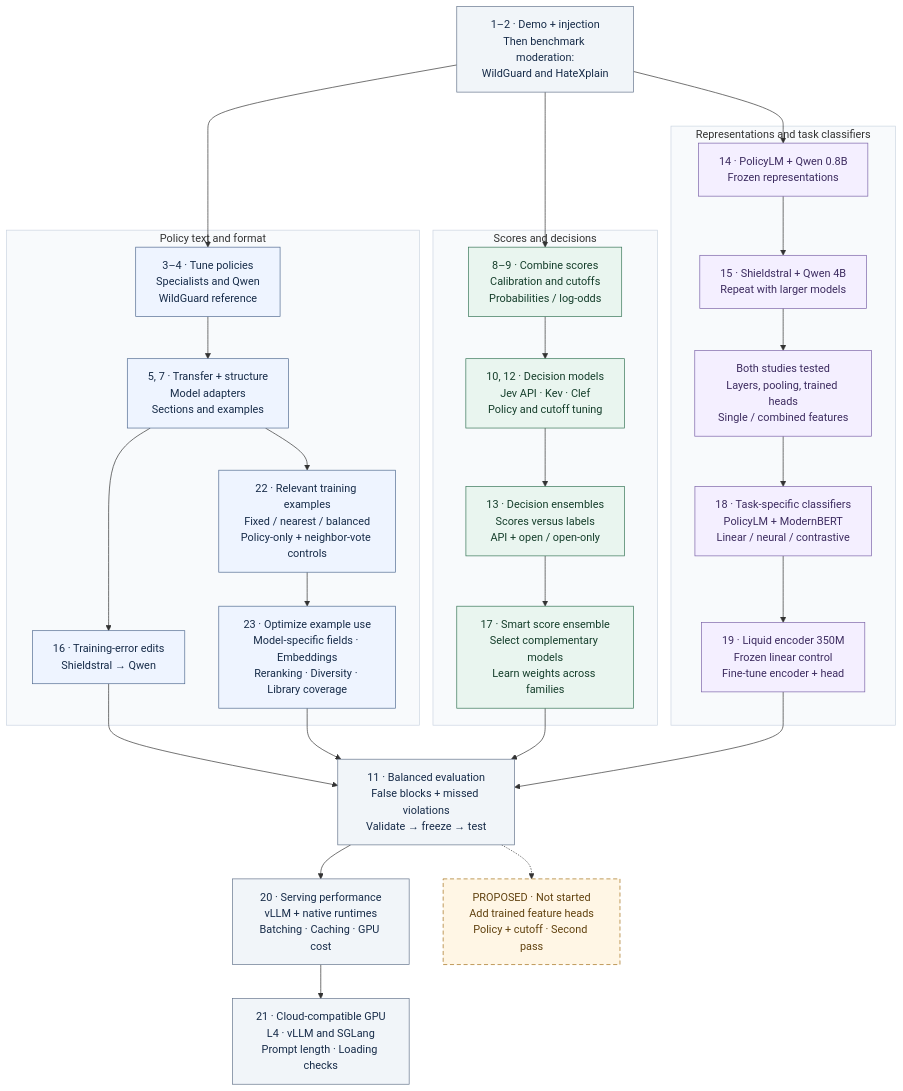
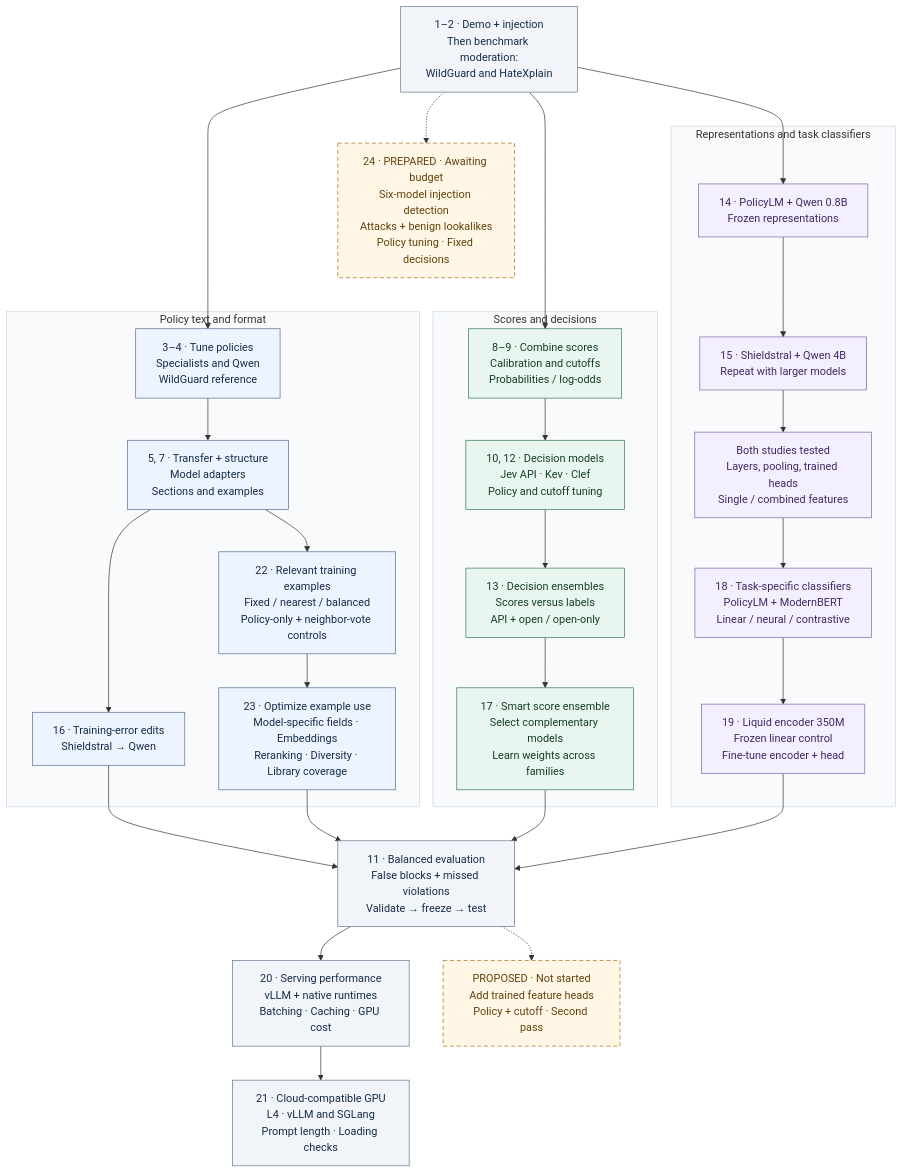
Before and after one commit to harshsinghal/safeguard-eval: the diagram in README.md, drawn with Mermaid. The commit also changed other lines of this file and 19 other files, not shown here.

Commit message:
Prepare fixed-decision prompt injection benchmark across six models

````diff
--- a/README.md
+++ b/README.md
@@ -21,57 +23,59 @@
 ```mermaid
 flowchart TB
     START["1–2 · Demo + injection<br/>Then benchmark moderation:<br/>WildGuard and HateXplain"]
 
     subgraph POLICY["Policy text and format"]
         P1["3–4 · Tune policies<br/>Specialists and Qwen<br/>WildGuard reference"]
         P2["5, 7 · Transfer + structure<br/>Model adapters<br/>Sections and examples"]
         P3["16 · Training-error edits<br/>Shieldstral → Qwen"]
         P4["22 · Relevant training examples<br/>Fixed / nearest / balanced<br/>Policy-only + neighbor-vote controls"]
         P5["23 · Optimize example use<br/>Model-specific fields · Embeddings<br/>Reranking · Diversity · Library coverage"]
         P1 --> P2 --> P3
         P2 --> P4 --> P5
     end
 
     subgraph SCORES["Scores and decisions"]
         S1["8–9 · Combine scores<br/>Calibration and cutoffs<br/>Probabilities / log-odds"]
         S2["10, 12 · Decision models<br/>Jev API · Kev · Clef<br/>Policy and cutoff tuning"]
         S3["13 · Decision ensembles<br/>Scores versus labels<br/>API + open / open-only"]
         S4["17 · Smart score ensemble<br/>Select complementary models<br/>Learn weights across families"]
         S1 --> S2 --> S3 --> S4
     end
 
     subgraph FEATURES["Representations and task classifiers"]
         F1["14 · PolicyLM + Qwen 0.8B<br/>Frozen representations"]
         F2["15 · Shieldstral + Qwen 4B<br/>Repeat with larger models"]
         F3["Both studies tested<br/>Layers, pooling, trained heads<br/>Single / combined features"]
         F4["18 · Task-specific classifiers<br/>PolicyLM + ModernBERT<br/>Linear / neural / contrastive"]
         F5["19 · Liquid encoder 350M<br/>Frozen linear control<br/>Fine-tune encoder + head"]
         F1 --> F2 --> F3 --> F4 --> F5
     end
 
     START --> P1
     START --> S1
     START --> F1
     P3 --> EVIDENCE
     P5 --> EVIDENCE
     S4 --> EVIDENCE
     F5 --> EVIDENCE
     EVIDENCE["11 · Balanced evaluation<br/>False blocks + missed violations<br/>Validate → freeze → test"]
     EVIDENCE --> SERVING["20 · Serving performance<br/>vLLM + native runtimes<br/>Batching · Caching · GPU cost"]
     SERVING --> CLOUD["21 · Cloud-compatible GPU<br/>L4 · vLLM and SGLang<br/>Prompt length · Loading checks"]
     EVIDENCE -.-> NEXT["PROPOSED · Not started<br/>Add trained feature heads<br/>Policy + cutoff · Second pass"]
 
+    START -.-> INJECTION["24 · PREPARED · Awaiting budget<br/>Six-model injection detection<br/>Attacks + benign lookalikes<br/>Policy tuning · Fixed decisions"]
+
     classDef neutral fill:#f1f5f9,stroke:#64748b,color:#172c49;
     classDef policy fill:#eef4ff,stroke:#526b91,color:#172c49;
     classDef scores fill:#e9f5ef,stroke:#367556,color:#153e2b;
     classDef features fill:#f4efff,stroke:#7b63a8,color:#3d2c60;
     classDef proposed fill:#fff6e5,stroke:#a36e16,color:#61420f,stroke-dasharray:6 4;
     class START,EVIDENCE,SERVING,CLOUD neutral;
     class P1,P2,P3,P4,P5 policy;
     class S1,S2,S3,S4 scores;
     class F1,F2,F3,F4,F5 features;
-    class NEXT proposed;
+    class NEXT,INJECTION proposed;
     style POLICY fill:#f8fafc,stroke:#cbd5e1
     style SCORES fill:#f8fafc,stroke:#cbd5e1
     style FEATURES fill:#f8fafc,stroke:#cbd5e1
 ```
````
